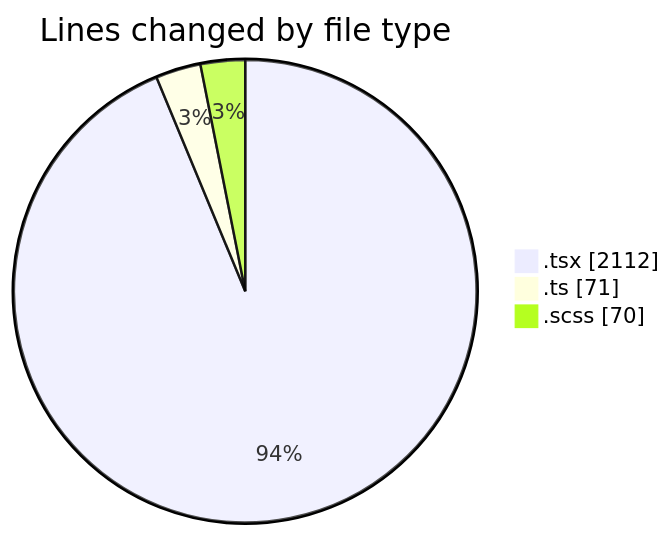
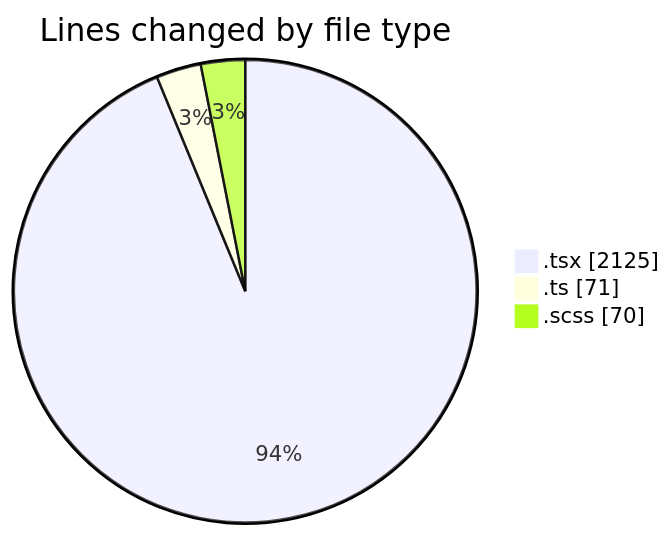
Before and after one commit to momahboobian/code-tracking: the first of 2 diagrams in 2025-02-11/cda/README.md, drawn with Mermaid. The commit also changed other lines of this file and 1 other file, not shown here.

````diff
--- a/2025-02-11/cda/README.md
+++ b/2025-02-11/cda/README.md
@@ -24,7 +24,7 @@
 ```mermaid
 pie showData
 title Lines changed by file type
-".tsx" : 2112
+".tsx" : 2125
 ".ts" : 71
 ".scss" : 70
 ```
````
